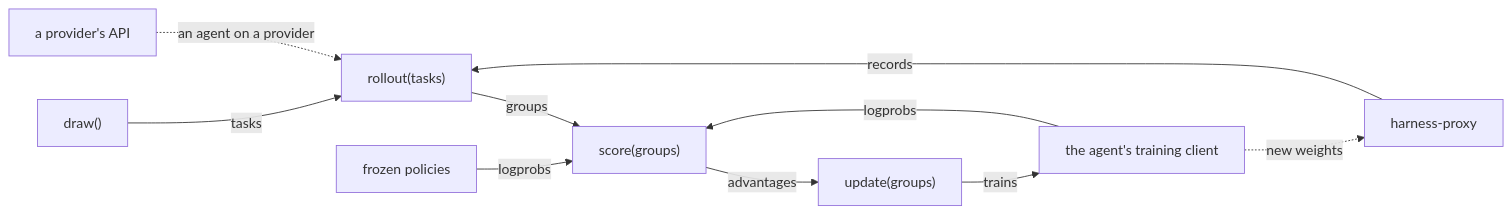
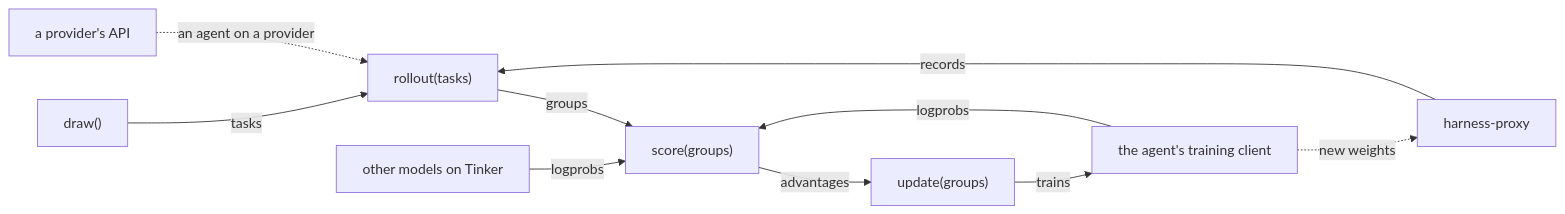
The diagram in src/shipyard/models/README.md (ghidav/shipyard), drawn with Mermaid before and after one commit. The commit also changed other lines of this file and 93 other files, not shown here.

````diff
--- a/src/shipyard/models/README.md
+++ b/src/shipyard/models/README.md
@@ -5,12 +5,12 @@
 ```mermaid
 flowchart LR
     draw["draw()"] -->|tasks| rollout["rollout(tasks)"]
     rollout -->|groups| score["score(groups)"]
     score -->|advantages| update["update(groups)"]
     update -->|trains| client["the agent's training client"]
     client -.->|new weights| proxy["harness-proxy"]
     proxy -->|records| rollout
     provider["a provider's API"] -.->|an agent on a provider| rollout
     client -->|logprobs| score
-    frozen["frozen policies"] -->|logprobs| score
+    sampled["other models on Tinker"] -->|logprobs| score
 ```
````
